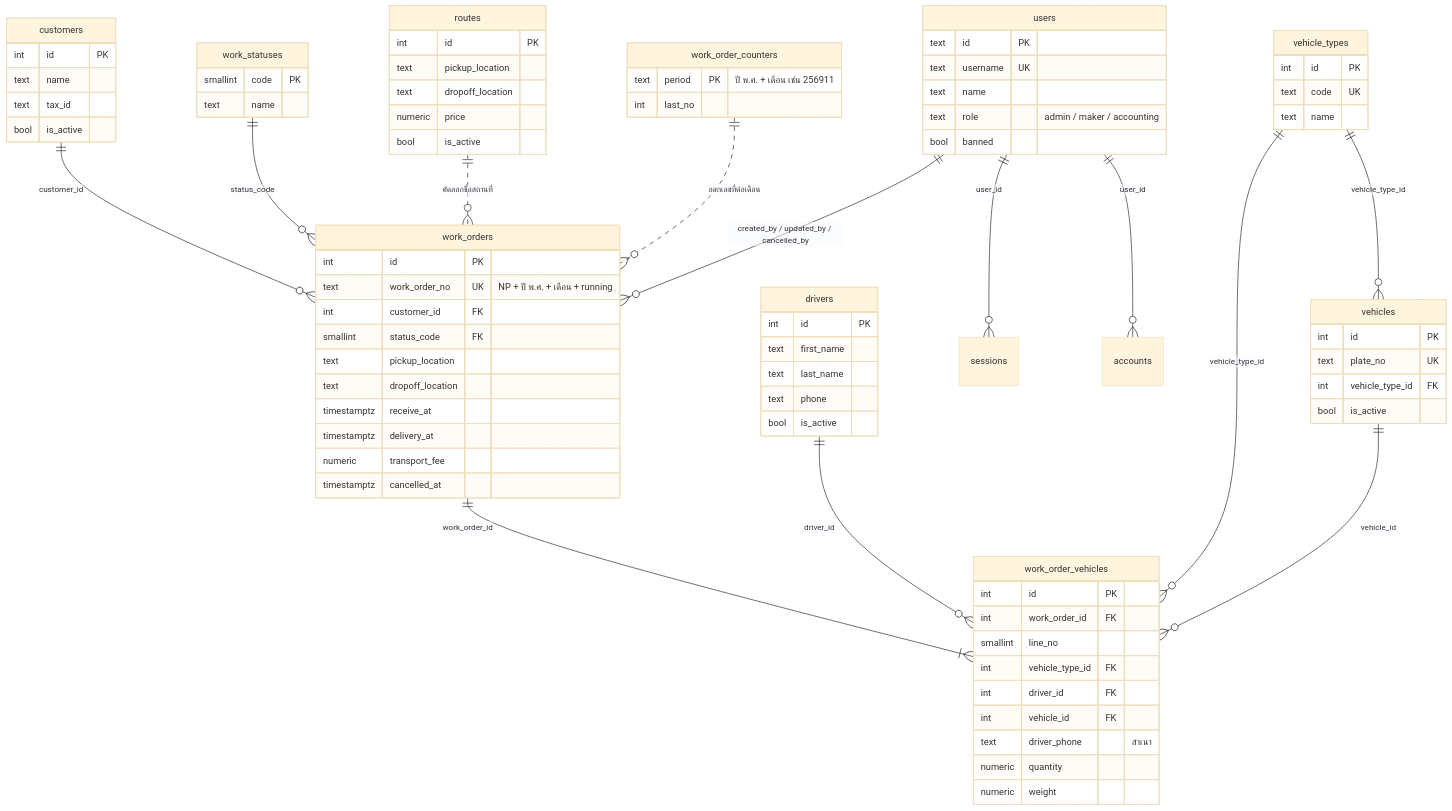
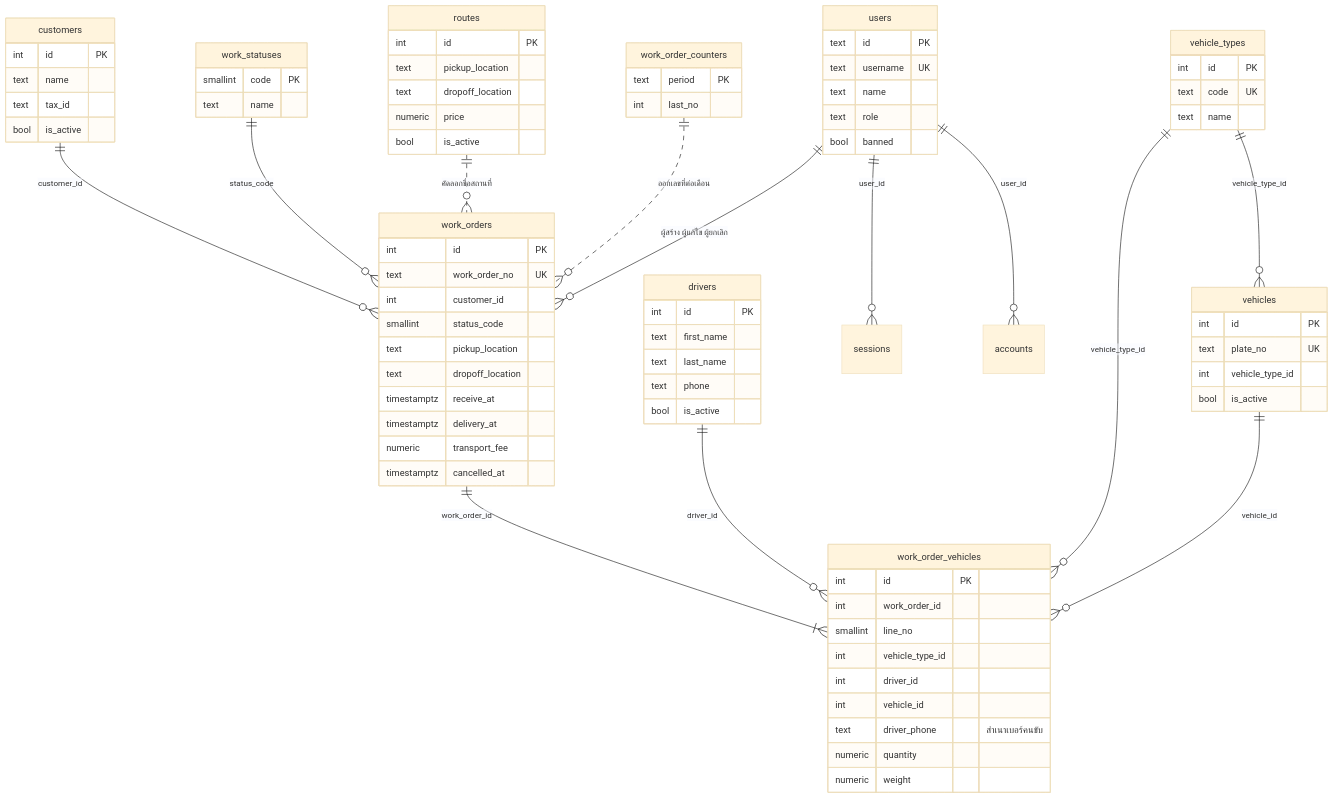
The diagram in docs/design/03-database.md (ATTAKORNTH2010/NPPOOL), drawn with Mermaid (base theme) before and after one commit. The commit also changed other lines of this file and 1 other file, not shown here.

Commit message:
docs: make the new-schema ER diagram render on GitHub
GitHub showed "Unable to render rich display" for the ER diagram in
docs/design/03-database.md although Mermaid Live (v12) renders it. Use only
the ER syntax already proven on GitHub in docs/rea/02-domain-model.md: no
key+comment attributes, no FK markers, no slashes in labels. FKs remain
documented in the tables. Lesson added to skill.md.

````diff
--- a/docs/design/03-database.md
+++ b/docs/design/03-database.md
@@ -29,15 +31,15 @@
     vehicle_types ||--o{ vehicles : "vehicle_type_id"
     routes ||..o{ work_orders : "คัดลอกชื่อสถานที่"
     work_order_counters ||..o{ work_orders : "ออกเลขที่ต่อเดือน"
-    users ||--o{ work_orders : "created_by / updated_by / cancelled_by"
+    users ||--o{ work_orders : "ผู้สร้าง ผู้แก้ไข ผู้ยกเลิก"
     users ||--o{ sessions : "user_id"
     users ||--o{ accounts : "user_id"
 
     work_orders {
         int id PK
-        text work_order_no UK "NP + ปี พ.ศ. + เดือน + running"
-        int customer_id FK
-        smallint status_code FK
+        text work_order_no UK
+        int customer_id
+        smallint status_code
         text pickup_location
         text dropoff_location
         timestamptz receive_at
@@ -47,12 +49,12 @@
     }
     work_order_vehicles {
         int id PK
-        int work_order_id FK
+        int work_order_id
         smallint line_no
-        int vehicle_type_id FK
-        int driver_id FK
-        int vehicle_id FK
-        text driver_phone "สำเนา"
+        int vehicle_type_id
+        int driver_id
+        int vehicle_id
+        text driver_phone "สำเนาเบอร์คนขับ"
         numeric quantity
         numeric weight
     }
@@ -72,7 +74,7 @@
     vehicles {
         int id PK
         text plate_no UK
-        int vehicle_type_id FK
+        int vehicle_type_id
         bool is_active
     }
     vehicle_types {
@@ -92,14 +94,14 @@
         text name
     }
     work_order_counters {
-        text period PK "ปี พ.ศ. + เดือน เช่น 256911"
+        text period PK
         int last_no
     }
     users {
         text id PK
         text username UK
         text name
-        text role "admin / maker / accounting"
+        text role
         bool banned
     }
 ```
````
